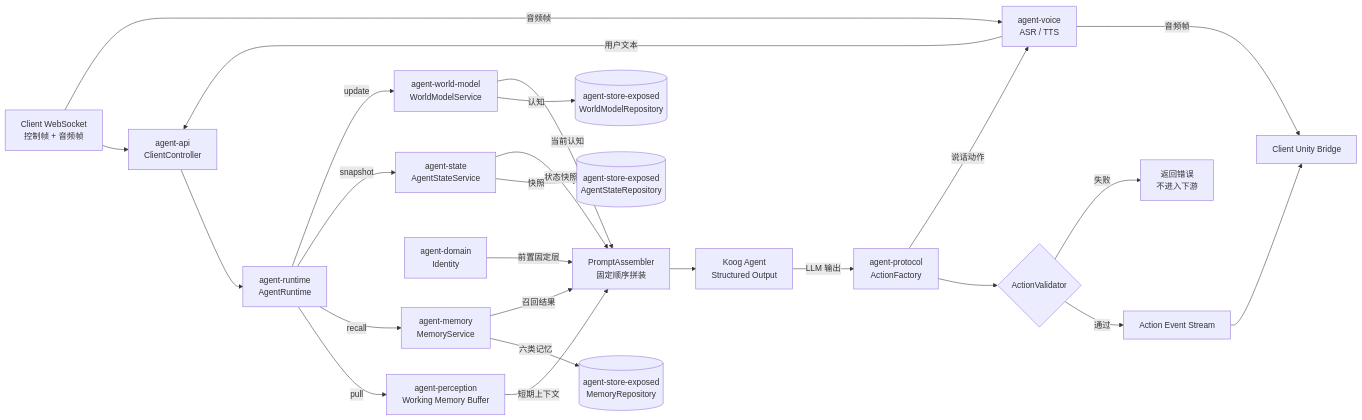
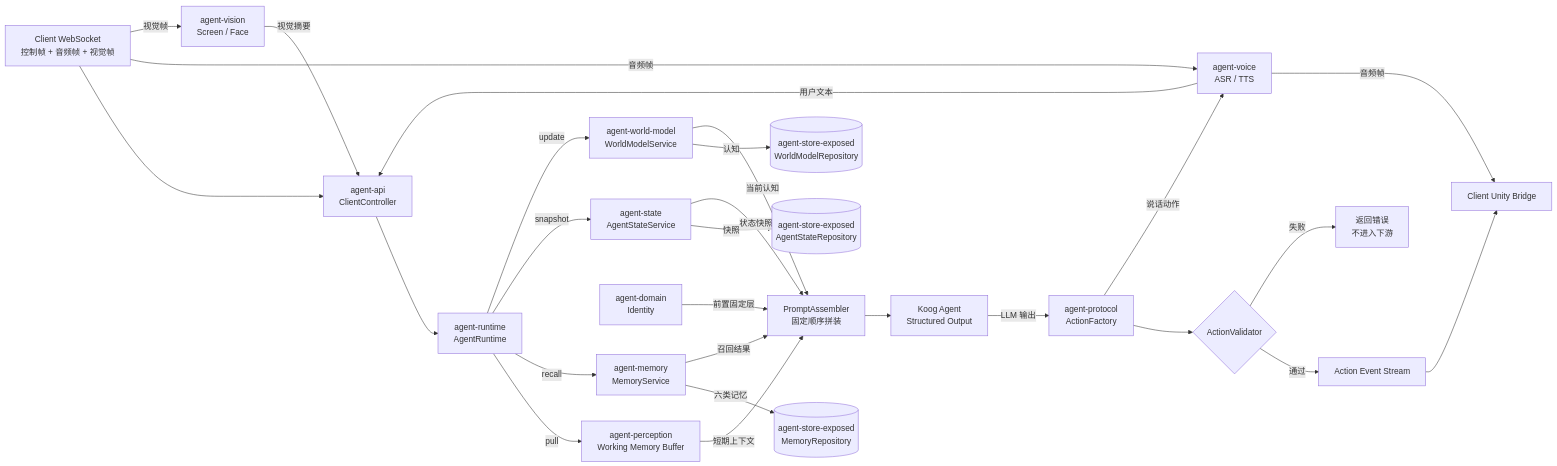
The second of 3 diagrams in architecture/AgentService工程架构.md (ayane-ai/ayane-docs), drawn with Mermaid before and after one commit. The commit also changed other lines of this file and 10 other files, not shown here.

First line of the commit message:
feat(architecture): 添加视觉层模块并更新架构文档

````diff
--- a/architecture/AgentService工程架构.md
+++ b/architecture/AgentService工程架构.md
@@ -95,32 +98,34 @@
 ```mermaid
 flowchart LR
-    In[Client WebSocket<br/>控制帧 + 音频帧] --> ClientGW[agent-api<br/>ClientController]
+    In[Client WebSocket<br/>控制帧 + 音频帧 + 视觉帧] --> ClientGW[agent-api<br/>ClientController]
     In -->|音频帧| Voice[agent-voice<br/>ASR / TTS]
+    In -->|视觉帧| Vision[agent-vision<br/>Screen / Face]
     Voice -->|用户文本| ClientGW
+    Vision -->|视觉摘要| ClientGW
     ClientGW --> RT[agent-runtime<br/>AgentRuntime]
 
     RT -->|pull| Perception[agent-perception<br/>Working Memory Buffer]
     RT -->|recall| Memory[agent-memory<br/>MemoryService]
     RT -->|snapshot| State[agent-state<br/>AgentStateService]
     RT -->|update| WM[agent-world-model<br/>WorldModelService]
 
     Memory -->|六类记忆| MemoryRepo[(agent-store-exposed<br/>MemoryRepository)]
     State -->|快照| StateRepo[(agent-store-exposed<br/>AgentStateRepository)]
     WM -->|认知| WMRepo[(agent-store-exposed<br/>WorldModelRepository)]
 
     Perception -->|短期上下文| Assembler
     Memory -->|召回结果| Assembler
     State -->|状态快照| Assembler
     WM -->|当前认知| Assembler
     Identity[agent-domain<br/>Identity] -->|前置固定层| Assembler
 
     Assembler[PromptAssembler<br/>固定顺序拼装] --> Model[Koog Agent<br/>Structured Output]
     Model -->|LLM 输出| Factory
 
     Factory[agent-protocol<br/>ActionFactory] --> Validate{ActionValidator}
     Factory -->|说话动作| Voice
     Validate -->|通过| Stream[Action Event Stream]
     Validate -->|失败| Reject[返回错误<br/>不进入下游]
     Stream --> Client[Client Unity Bridge]
     Voice -->|音频帧| Client
 ```
````
